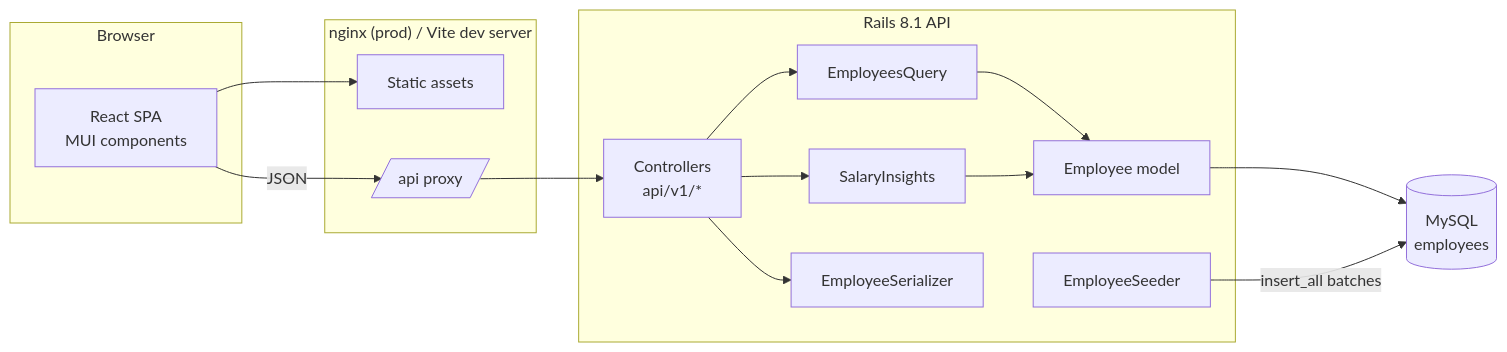
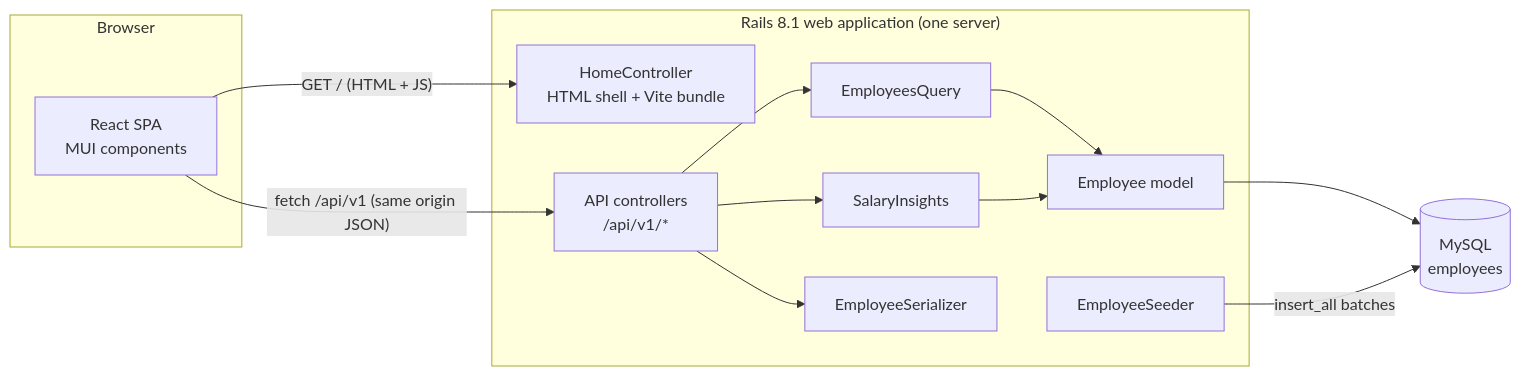
Before and after one commit to Ravikumards/salary_management: the first of 3 diagrams in docs/ARCHITECTURE.md, drawn with Mermaid. The commit also changed other lines of this file and 7 other files, not shown here.

Commit message:
docs: update README and artifacts for the single web application layout

````diff
--- a/docs/ARCHITECTURE.md
+++ b/docs/ARCHITECTURE.md
@@ -5,27 +7,24 @@
 ```mermaid
 flowchart LR
   subgraph Browser
     UI[React SPA<br/>MUI components]
   end
-  subgraph Web["nginx (prod) / Vite dev server"]
-    Static[Static assets]
-    Proxy[/api proxy/]
-  end
-  subgraph API["Rails 8.1 API"]
-    C[Controllers<br/>api/v1/*]
+  subgraph Rails["Rails 8.1 web application (one server)"]
+    H[HomeController<br/>HTML shell + Vite bundle]
+    C[API controllers<br/>/api/v1/*]
     Q[EmployeesQuery]
     S[SalaryInsights]
     Ser[EmployeeSerializer]
     M[Employee model]
     Seed[EmployeeSeeder]
   end
   DB[(MySQL<br/>employees)]
 
-  UI --> Static
-  UI -- JSON --> Proxy --> C
+  UI -- "GET / (HTML + JS)" --> H
+  UI -- "fetch /api/v1 (same origin JSON)" --> C
   C --> Q --> M
   C --> S --> M
   C --> Ser
   M --> DB
   Seed -- insert_all batches --> DB
 ```
````
